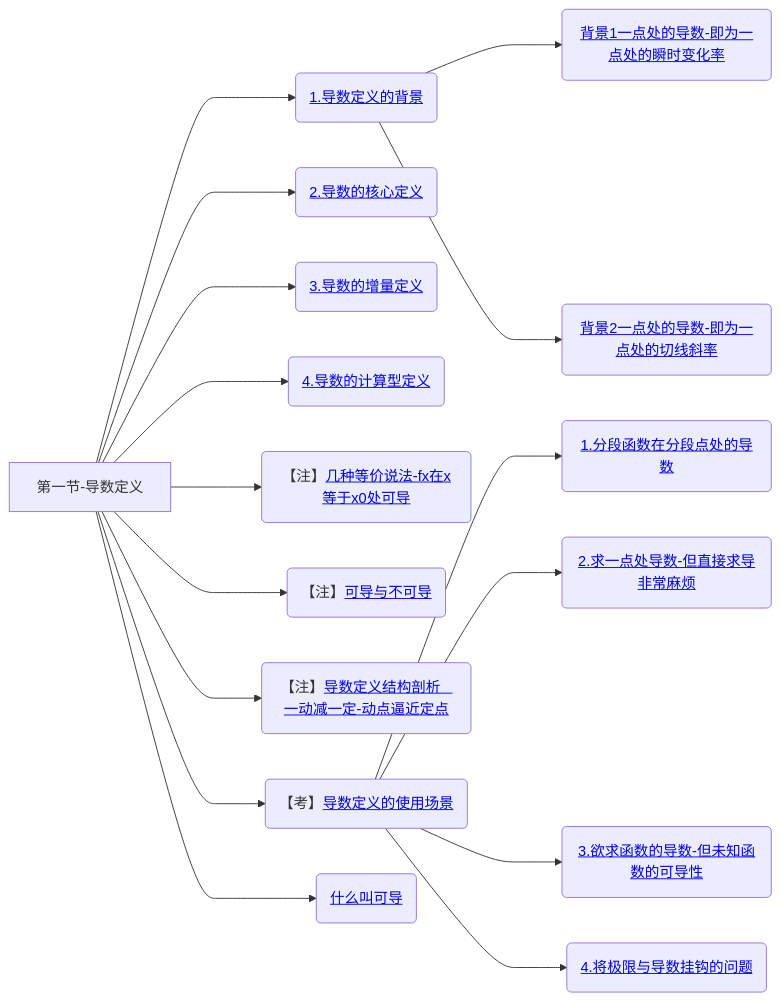
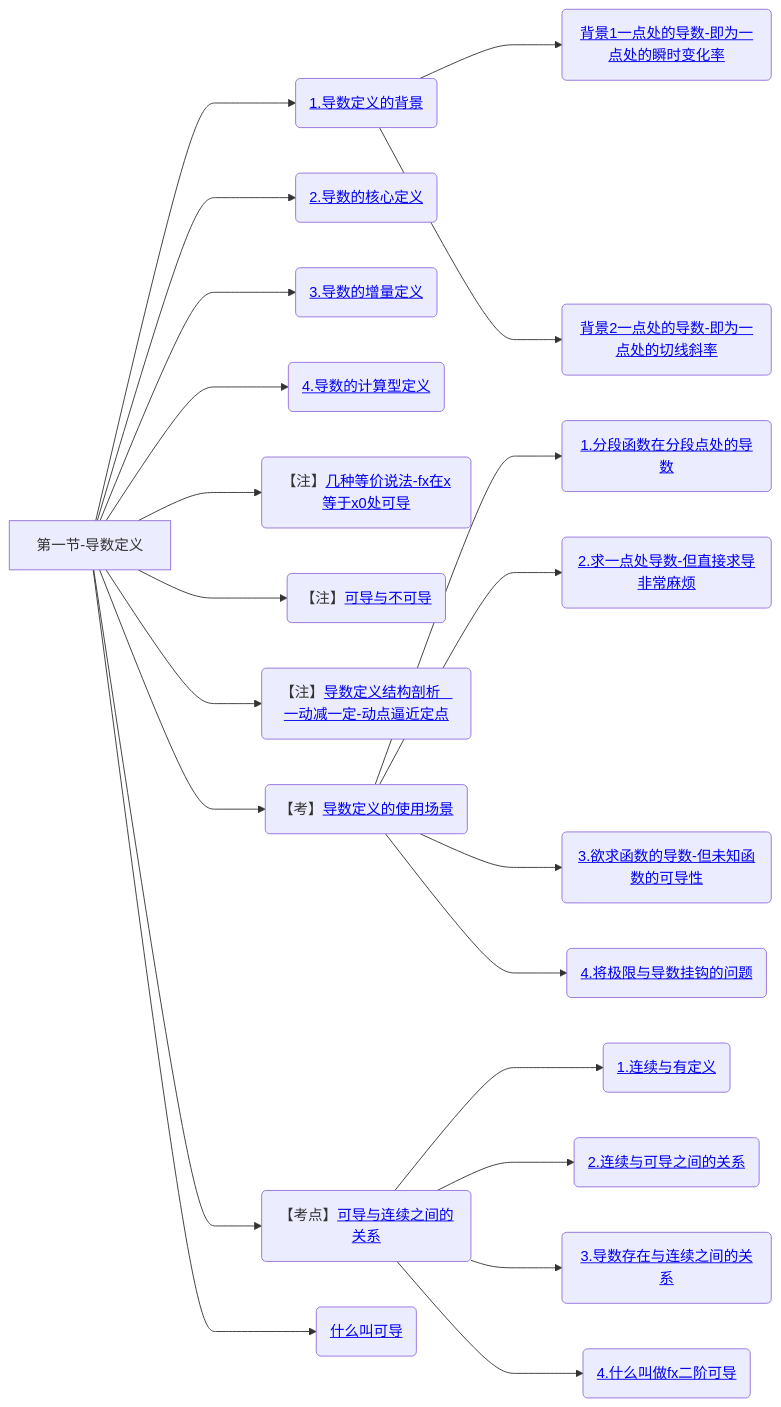
Diagram 11 of 11 in 笔记/数学/周洋鑫/01.基础班思维导图.md (yuebinghui/note), drawn with Mermaid before and after one commit. The commit also changed 3 other files, not shown here.

````diff
--- a/笔记/数学/周洋鑫/01.基础班思维导图.md
+++ b/笔记/数学/周洋鑫/01.基础班思维导图.md
@@ -401,24 +401,30 @@
 ```mermaid
 graph LR
 第一节-导数定义
 
 第一节-导数定义--->1.导数定义的背景(<a href="/Users/yuebinghui/Documents/program/github/note/笔记/数学/周洋鑫/基础班/10.连续与间断_导数定义_1.md#1.导数定义的背景">1.导数定义的背景</>)
 1.导数定义的背景--->背景1一点处的导数-即为一点处的瞬时变化率(<a href="/Users/yuebinghui/Documents/program/github/note/笔记/数学/周洋鑫/基础班/10.连续与间断_导数定义_1.md#背景1一点处的导数-即为一点处的瞬时变化率">背景1一点处的导数-即为一点处的瞬时变化率</>)
 1.导数定义的背景--->背景2一点处的导数-即为一点处的切线斜率(<a href="/Users/yuebinghui/Documents/program/github/note/笔记/数学/周洋鑫/基础班/10.连续与间断_导数定义_1.md#背景2一点处的导数-即为一点处的切线斜率">背景2一点处的导数-即为一点处的切线斜率</>)
 
 第一节-导数定义--->2.导数的核心定义(<a href="/Users/yuebinghui/Documents/program/github/note/笔记/数学/周洋鑫/基础班/10.连续与间断_导数定义_1.md#2.导数的核心定义">2.导数的核心定义</>)
 第一节-导数定义--->3.导数的增量定义(<a href="/Users/yuebinghui/Documents/program/github/note/笔记/数学/周洋鑫/基础班/10.连续与间断_导数定义_1.md#3.导数的增量定义">3.导数的增量定义</>)
 第一节-导数定义--->4.导数的计算型定义(<a href="/Users/yuebinghui/Documents/program/github/note/笔记/数学/周洋鑫/基础班/10.连续与间断_导数定义_1.md#4.导数的计算型定义">4.导数的计算型定义</>)
 
 第一节-导数定义--->几种等价说法-fx在x等于x0处可导(【注】<a href="/Users/yuebinghui/Documents/program/github/note/笔记/数学/周洋鑫/基础班/10.连续与间断_导数定义_1.md#几种等价说法-fx在x等于x0处可导">几种等价说法-fx在x等于x0处可导</>)
 第一节-导数定义--->可导与不可导(【注】<a href="/Users/yuebinghui/Documents/program/github/note/笔记/数学/周洋鑫/基础班/10.连续与间断_导数定义_1.md#可导与不可导">可导与不可导</>)
 第一节-导数定义--->导数定义结构剖析-一动减一定-动点逼近定点(【注】<a href="/Users/yuebinghui/Documents/program/github/note/笔记/数学/周洋鑫/基础班/10.连续与间断_导数定义_1.md#导数定义结构剖析-一动减一定-动点逼近定点">导数定义结构剖析   一动减一定-动点逼近定点</>)
 
 第一节-导数定义--->导数定义的使用场景(【考】<a href="/Users/yuebinghui/Documents/program/github/note/笔记/数学/周洋鑫/基础班/10.连续与间断_导数定义_1.md#导数定义的使用场景">导数定义的使用场景</>)
 导数定义的使用场景--->1.分段函数在分段点处的导数(<a href="/Users/yuebinghui/Documents/program/github/note/笔记/数学/周洋鑫/基础班/10.连续与间断_导数定义_1.md#1.分段函数在分段点处的导数">1.分段函数在分段点处的导数</>)
 导数定义的使用场景--->2.求一点处导数-但直接求导非常麻烦(<a href="/Users/yuebinghui/Documents/program/github/note/笔记/数学/周洋鑫/基础班/10.连续与间断_导数定义_1.md#2.求一点处导数-但直接求导非常麻烦">2.求一点处导数-但直接求导非常麻烦</>)
 导数定义的使用场景--->3.欲求函数的导数-但未知函数的可导性(<a href="/Users/yuebinghui/Documents/program/github/note/笔记/数学/周洋鑫/基础班/10.连续与间断_导数定义_1.md#3.欲求函数的导数-但未知函数的可导性">3.欲求函数的导数-但未知函数的可导性</>)
 导数定义的使用场景--->4.将极限与导数挂钩的问题(<a href="/Users/yuebinghui/Documents/program/github/note/笔记/数学/周洋鑫/基础班/10.连续与间断_导数定义_1.md#4.将极限与导数挂钩的问题">4.将极限与导数挂钩的问题</>)
 
+第一节-导数定义--->可导与连续之间的关系(【考点】<a href="/Users/yuebinghui/Documents/program/github/note/笔记/数学/周洋鑫/基础班/10.连续与间断_导数定义_1.md#可导与连续之间的关系">可导与连续之间的关系</>)
+可导与连续之间的关系--->1.连续与有定义(<a href="/Users/yuebinghui/Documents/program/github/note/笔记/数学/周洋鑫/基础班/10.连续与间断_导数定义_1.md#1.连续与有定义">1.连续与有定义</>)
+可导与连续之间的关系--->2.连续与可导之间的关系(<a href="/Users/yuebinghui/Documents/program/github/note/笔记/数学/周洋鑫/基础班/10.连续与间断_导数定义_1.md#2.连续与可导之间的关系">2.连续与可导之间的关系</>)
+可导与连续之间的关系--->3.导数存在与连续之间的关系(<a href="/Users/yuebinghui/Documents/program/github/note/笔记/数学/周洋鑫/基础班/10.连续与间断_导数定义_1.md#3.导数存在与连续之间的关系">3.导数存在与连续之间的关系</>)
+可导与连续之间的关系--->4.什么叫做fx二阶可导(<a href="/Users/yuebinghui/Documents/program/github/note/笔记/数学/周洋鑫/基础班/10.连续与间断_导数定义_1.md#4.什么叫做fx二阶可导">4.什么叫做fx二阶可导</>)
+
 第一节-导数定义--->什么叫可导(<a href="/Users/yuebinghui/Documents/program/github/note/笔记/数学/周洋鑫/基础班/11.导数定义_2.md#什么叫可导">什么叫可导</>)
 ```
````
